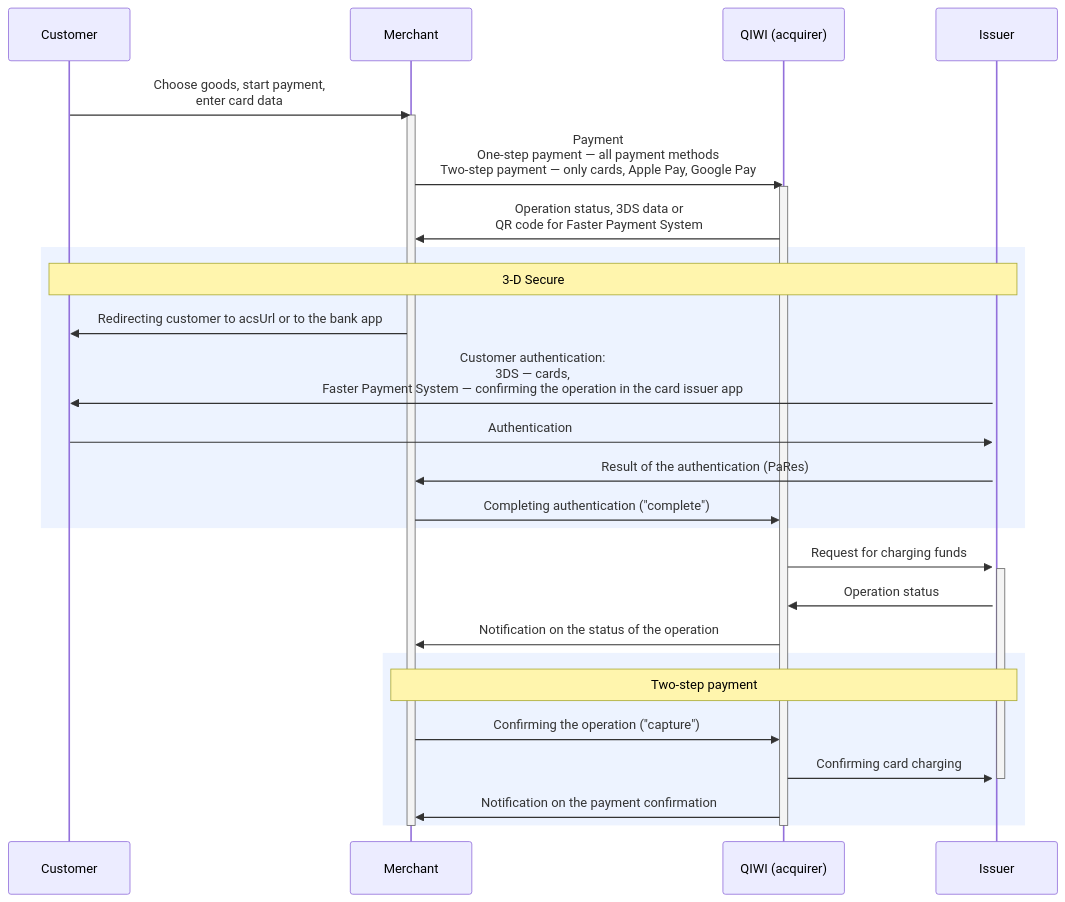
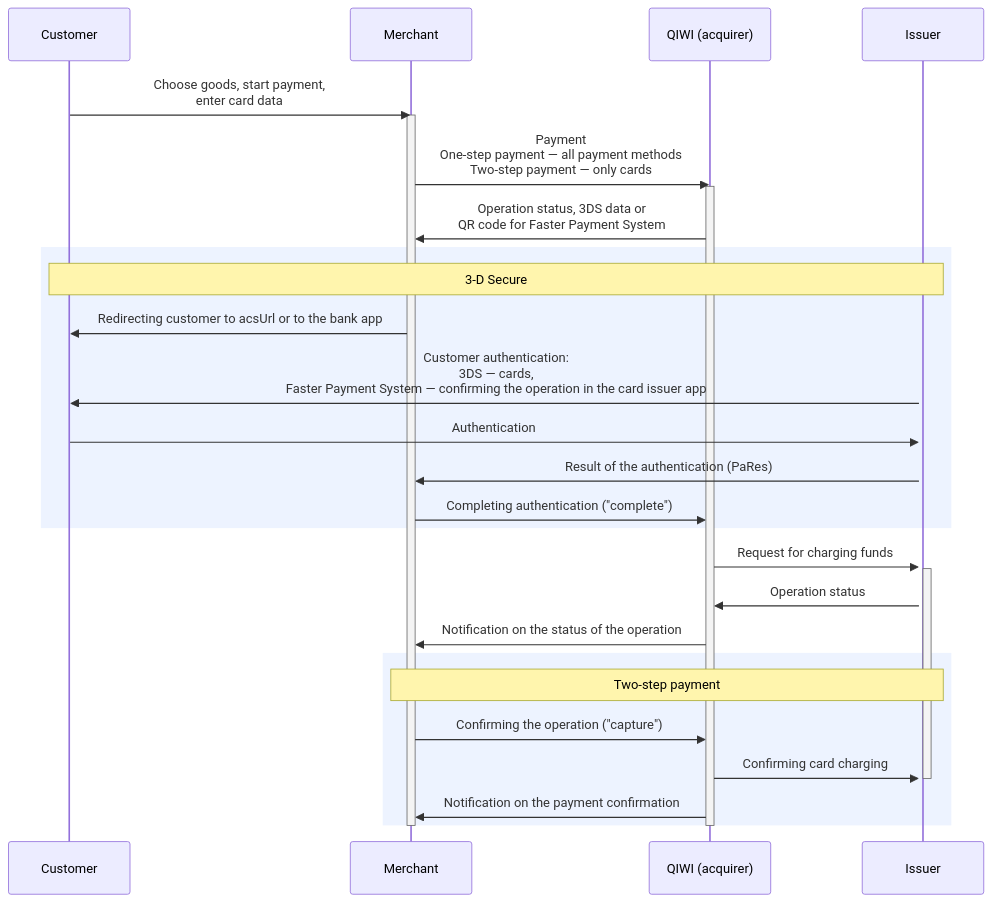
One commit to QIWI-API/payments-docs changed the diagram in _merchant-form_en.html.md. Above: the diagram before and after it, drawn with Mermaid. The commit also changed other lines of this file and 25 other files, not shown here.

```diff
--- a/_merchant-form_en.html.md
+++ b/_merchant-form_en.html.md
@@ -18,34 +17,34 @@
 <div class="mermaid">
 sequenceDiagram
 participant customer as Customer
 participant store as Merchant
 participant qb as QIWI (acquirer)
 participant ips as Issuer
 customer->>store:Choose goods, start payment,<br/>enter card data
 activate store
-store->>qb:Payment<br/>One-step payment — all payment methods<br/>Two-step payment — only cards, Apple Pay, Google Pay
+store->>qb:Payment<br/>One-step payment — all payment methods<br/>Two-step payment — only cards
 activate qb
 qb->>store:Operation status, 3DS data or<br/>QR code for Faster Payment System
 rect rgb(237, 243, 255)
 Note over customer, ips:3-D Secure
 store->>customer:Redirecting customer to acsUrl or to the bank app
 activate ips
 ips->>customer:Customer authentication:<br/>3DS — cards,<br/>Faster Payment System — confirming the operation in the card issuer app
 customer->>ips:Authentication
 ips->>store:Result of the authentication (PaRes)
 store->>qb:Completing authentication ("complete")
 end
 qb->>ips:Request for charging funds
 activate ips
 ips->>qb:Operation status
 qb->>store:Notification on the status of the operation
 rect rgb(237, 243, 255)
 Note over store, ips:Two-step payment
 store->>qb:Confirming the operation ("capture")
 qb->>ips:Confirming card charging
 deactivate ips
 qb->>store:Notification on the payment confirmation
 end
 deactivate qb
 deactivate store
 </div>
```
